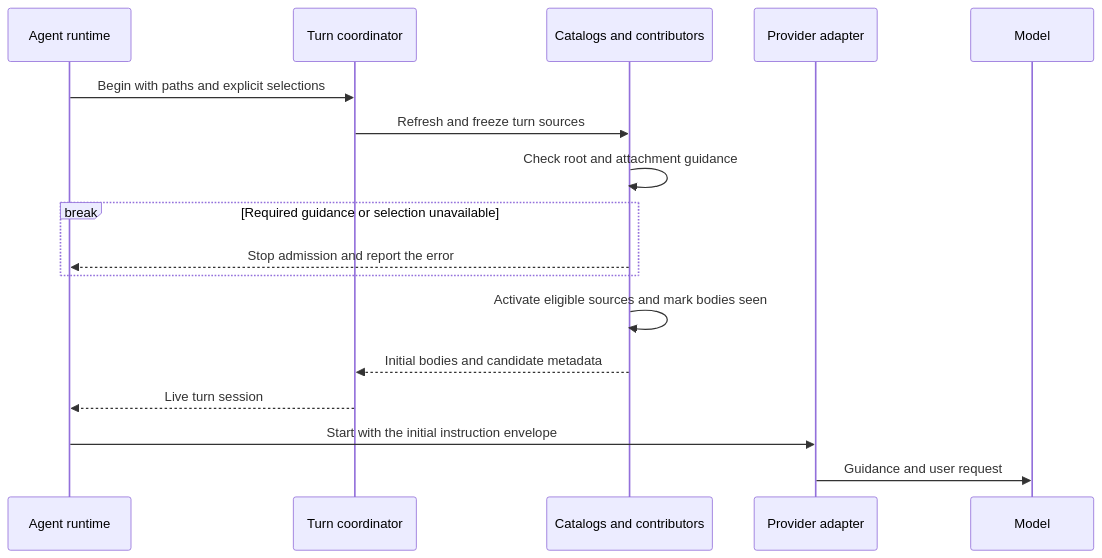
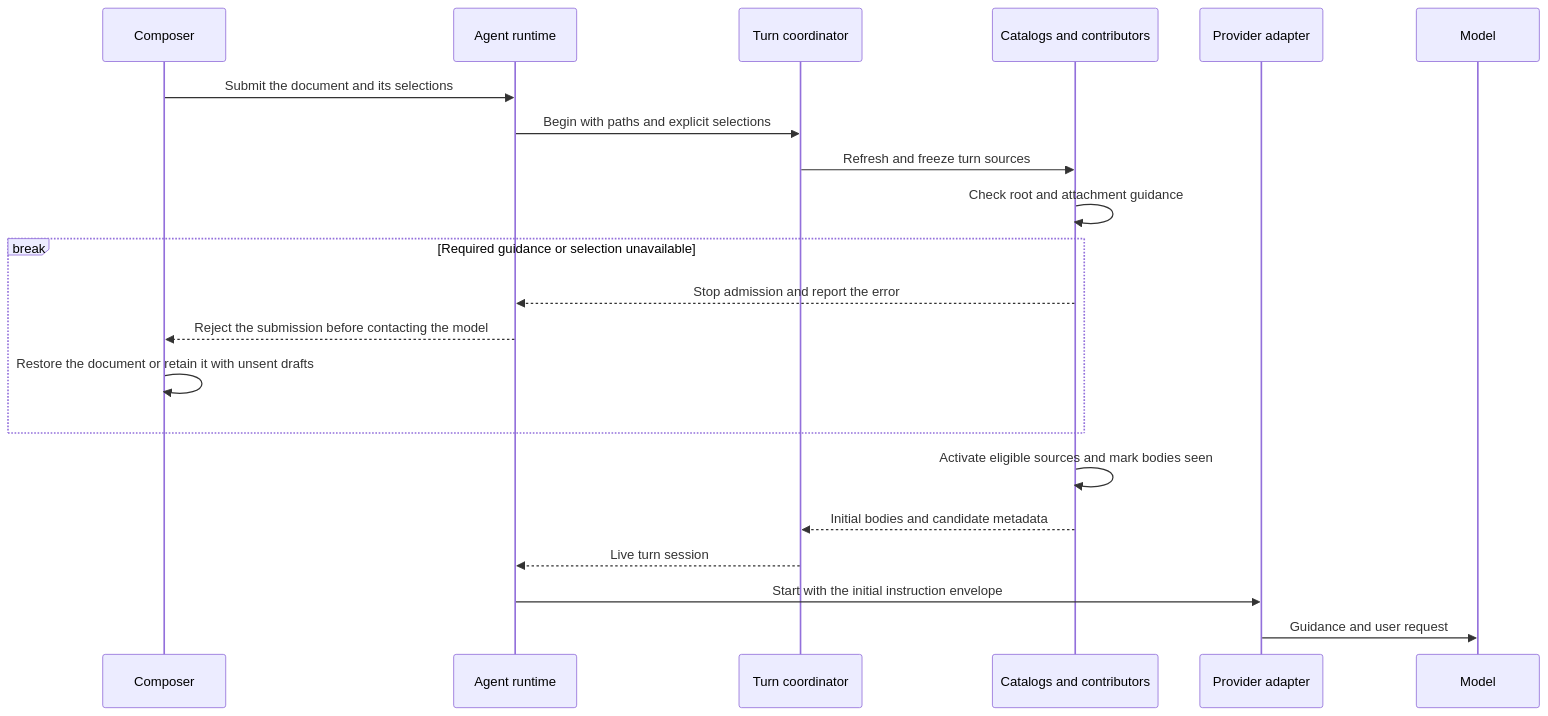
The second of 10 diagrams in docs/AGENT_INSTRUCTIONS.md (danceroutine/Glyph), drawn with Mermaid before and after one commit. The commit also changed other lines of this file, not shown here.

Commit message:
Document skill tree reviews, shared ownership and admission recovery

````diff
--- a/docs/AGENT_INSTRUCTIONS.md
+++ b/docs/AGENT_INSTRUCTIONS.md
@@ -88,20 +88,24 @@
 ```mermaid
 sequenceDiagram
+    participant Composer
     participant Run as Agent runtime
     participant Turn as Turn coordinator
     participant Sources as Catalogs and contributors
     participant Adapter as Provider adapter
     participant Model
 
+    Composer->>Run: Submit the document and its selections
     Run->>Turn: Begin with paths and explicit selections
     Turn->>Sources: Refresh and freeze turn sources
     Sources->>Sources: Check root and attachment guidance
     break Required guidance or selection unavailable
         Sources-->>Run: Stop admission and report the error
+        Run-->>Composer: Reject the submission before contacting the model
+        Composer->>Composer: Restore the document or retain it with unsent drafts
     end
     Sources->>Sources: Activate eligible sources and mark bodies seen
     Sources-->>Turn: Initial bodies and candidate metadata
     Turn-->>Run: Live turn session
     Run->>Adapter: Start with the initial instruction envelope
     Adapter->>Model: Guidance and user request
 ```
````
